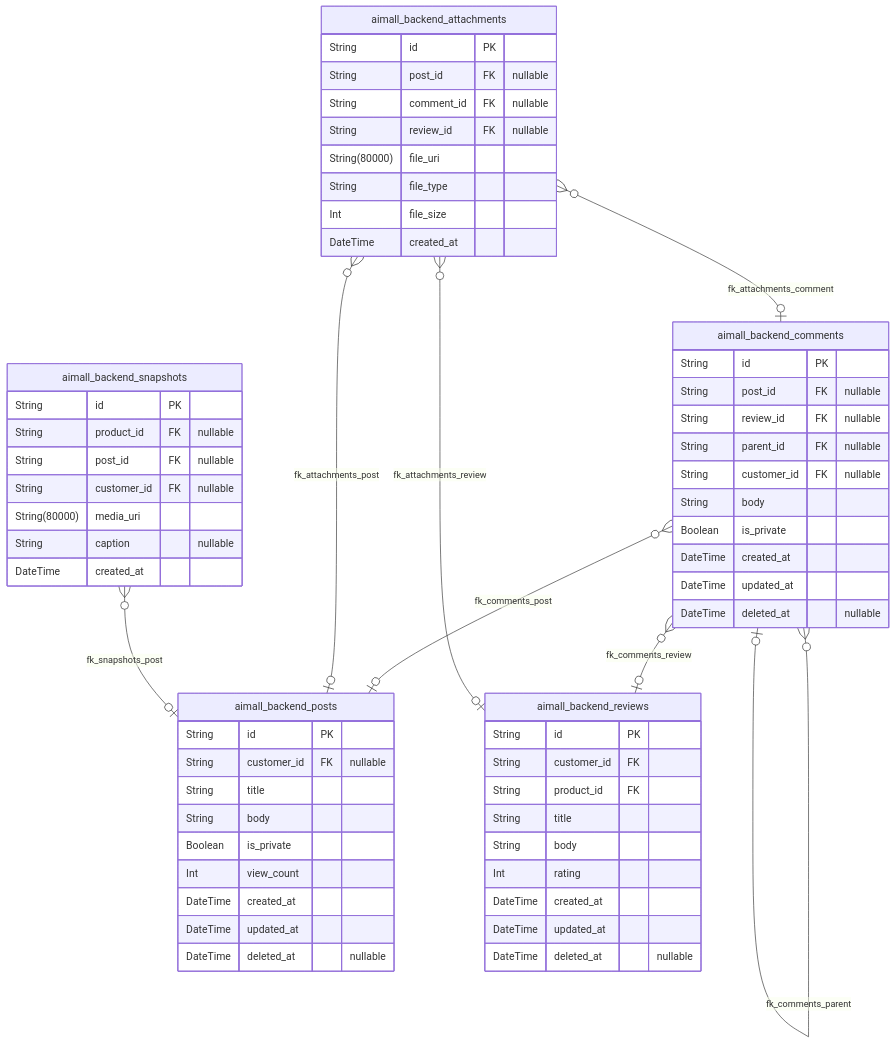
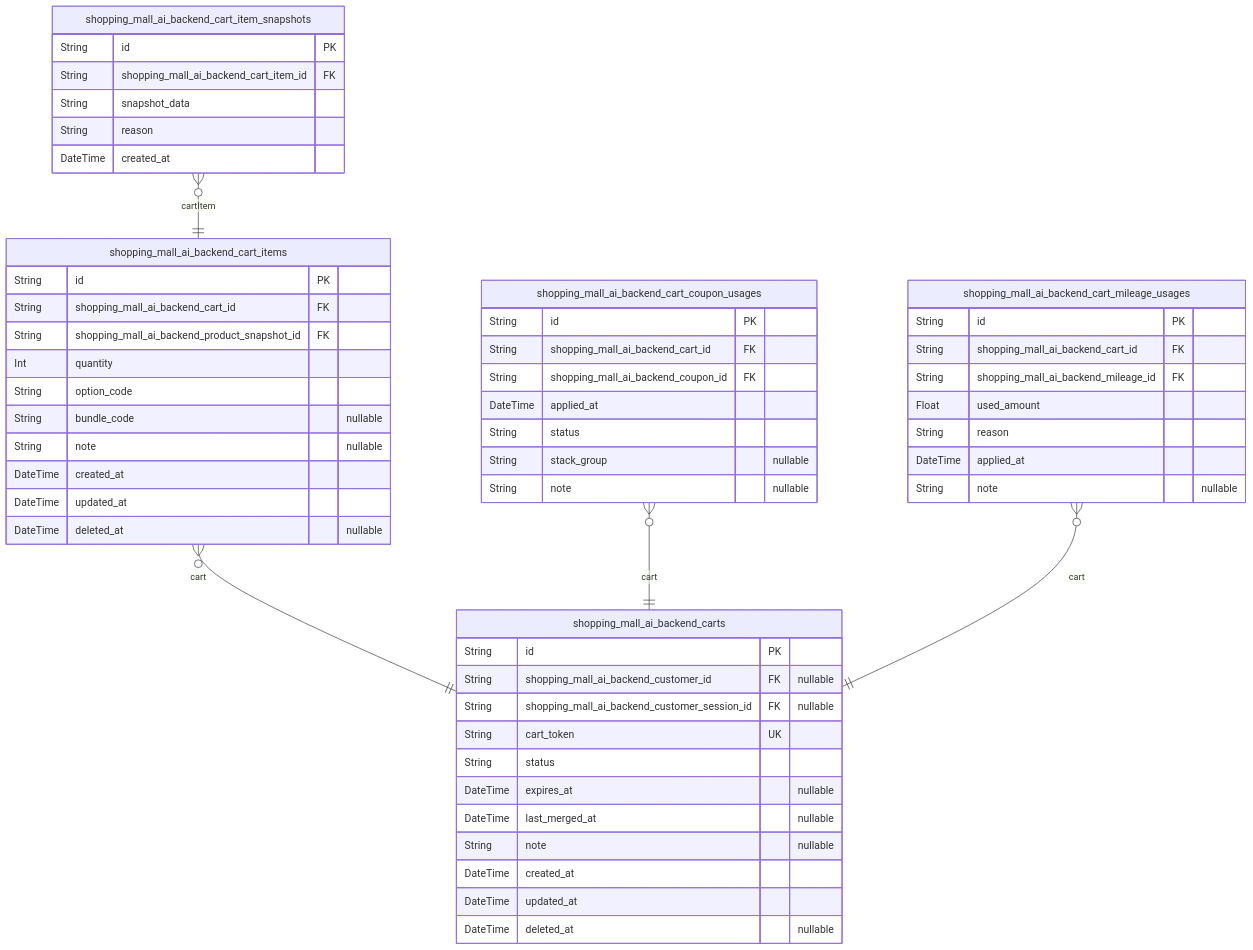
The fourth of 10 diagrams in docs/ERD.md (wrtnlabs/autobe-example-shopping-openai-gpt-4.1), drawn with Mermaid before and after one commit. The commit also changed other lines of this file and 2899 other files, not shown here.

````diff
--- a/docs/ERD.md
+++ b/docs/ERD.md
@@ -419,63 +995,57 @@
 ```mermaid
 erDiagram
-"aimall_backend_posts" {
+"shopping_mall_ai_backend_carts" {
   String id PK
-  String customer_id FK "nullable"
-  String title
-  String body
-  Boolean is_private
-  Int view_count
+  String shopping_mall_ai_backend_customer_id FK "nullable"
+  String shopping_mall_ai_backend_customer_session_id FK "nullable"
+  String cart_token UK
+  String status
+  DateTime expires_at "nullable"
+  DateTime last_merged_at "nullable"
+  String note "nullable"
   DateTime created_at
   DateTime updated_at
   DateTime deleted_at "nullable"
 }
-"aimall_backend_comments" {
+"shopping_mall_ai_backend_cart_items" {
   String id PK
-  String post_id FK "nullable"
-  String review_id FK "nullable"
-  String parent_id FK "nullable"
-  String customer_id FK "nullable"
-  String body
-  Boolean is_private
+  String shopping_mall_ai_backend_cart_id FK
+  String shopping_mall_ai_backend_product_snapshot_id FK
+  Int quantity
+  String option_code
+  String bundle_code "nullable"
+  String note "nullable"
   DateTime created_at
   DateTime updated_at
   DateTime deleted_at "nullable"
 }
-"aimall_backend_reviews" {
+"shopping_mall_ai_backend_cart_item_snapshots" {
   String id PK
-  String customer_id FK
-  String product_id FK
-  String title
-  String body
-  Int rating
-  DateTime created_at
-  DateTime updated_at
-  DateTime deleted_at "nullable"
-}
-"aimall_backend_attachments" {
-  String id PK
-  String post_id FK "nullable"
-  String comment_id FK "nullable"
-  String review_id FK "nullable"
-  String(80000) file_uri
-  String file_type
-  Int file_size
+  String shopping_mall_ai_backend_cart_item_id FK
+  String snapshot_data
+  String reason
   DateTime created_at
 }
-"aimall_backend_snapshots" {
+"shopping_mall_ai_backend_cart_coupon_usages" {
   String id PK
-  String product_id FK "nullable"
-  String post_id FK "nullable"
-  String customer_id FK "nullable"
-  String(80000) media_uri
-  String caption "nullable"
-  DateTime created_at
+  String shopping_mall_ai_backend_cart_id FK
+  String shopping_mall_ai_backend_coupon_id FK
+  DateTime applied_at
+  String status
+  String stack_group "nullable"
+  String note "nullable"
 }
-"aimall_backend_comments" }o--o| "aimall_backend_posts" : fk_comments_post
-"aimall_backend_comments" }o--o| "aimall_backend_reviews" : fk_comments_review
-"aimall_backend_comments" }o--o| "aimall_backend_comments" : fk_comments_parent
-"aimall_backend_attachments" }o--o| "aimall_backend_posts" : fk_attachments_post
-"aimall_backend_attachments" }o--o| "aimall_backend_comments" : fk_attachments_comment
-"aimall_backend_attachments" }o--o| "aimall_backend_reviews" : fk_attachments_review
-"aimall_backend_snapshots" }o--o| "aimall_backend_posts" : fk_snapshots_post
+"shopping_mall_ai_backend_cart_mileage_usages" {
+  String id PK
+  String shopping_mall_ai_backend_cart_id FK
+  String shopping_mall_ai_backend_mileage_id FK
+  Float used_amount
+  String reason
+  DateTime applied_at
+  String note "nullable"
+}
+"shopping_mall_ai_backend_cart_items" }o--|| "shopping_mall_ai_backend_carts" : cart
+"shopping_mall_ai_backend_cart_item_snapshots" }o--|| "shopping_mall_ai_backend_cart_items" : cartItem
+"shopping_mall_ai_backend_cart_coupon_usages" }o--|| "shopping_mall_ai_backend_carts" : cart
+"shopping_mall_ai_backend_cart_mileage_usages" }o--|| "shopping_mall_ai_backend_carts" : cart
 ```
````
